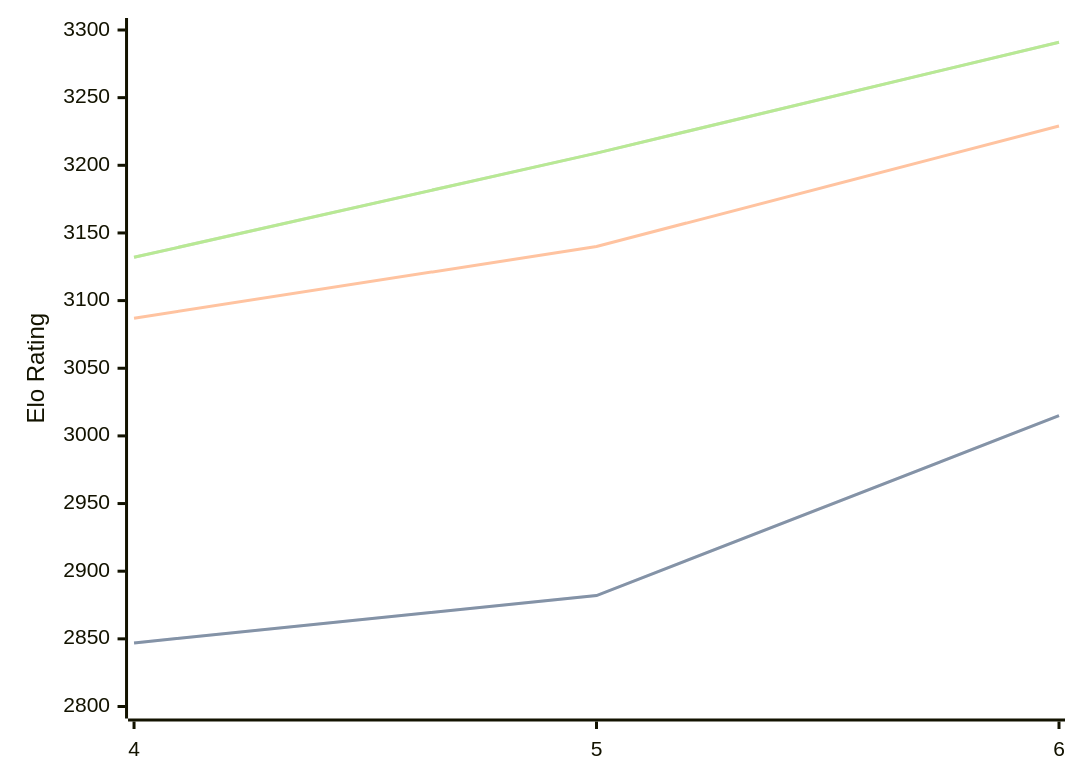
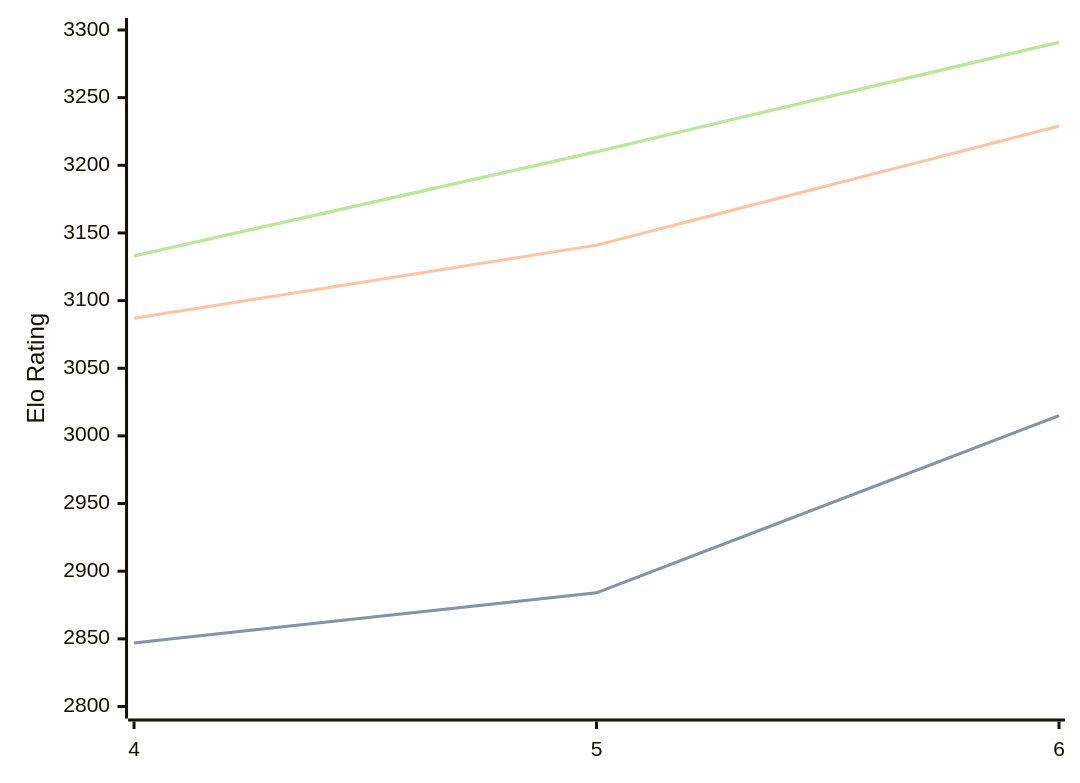
Before and after one commit to computer-chess-index/cci: the diagram in engines/Cwtch.md, drawn with Mermaid. The commit also changed other lines of this file, not shown here.

Commit message:
Update CCI Ratings (ELO VLTC) - 2026-09-02

````diff
--- a/engines/Cwtch.md
+++ b/engines/Cwtch.md
@@ -34,11 +34,11 @@
 ```mermaid
 %%{init: {"theme":"base","themeVariables":{"seriesColors:['#a3a3a3','#222221','#faa371']}}}%%
 xychart-beta
   x-axis ["4", "5", "6"]
   y-axis "Elo Rating" 2800 --> 3300
-  line "" [2847, 2882, 3015]
-  line "STC (8.0+0.08s)" [2847, 2882, 3015]
-  line "LTC (60.0+0.60s)" [3087, 3140, 3229]
-  line "" [3132, 3209, 3291]
-  line "VLTC (2m24s+1.12s)" [3132, 3209, 3291]
+  line "" [2847, 2884, 3015]
+  line "STC (8.0+0.08s)" [2847, 2884, 3015]
+  line "LTC (60.0+0.60s)" [3087, 3141, 3229]
+  line "" [3133, 3210, 3291]
+  line "VLTC (2m24s+1.12s)" [3133, 3210, 3291]
 ```
````
